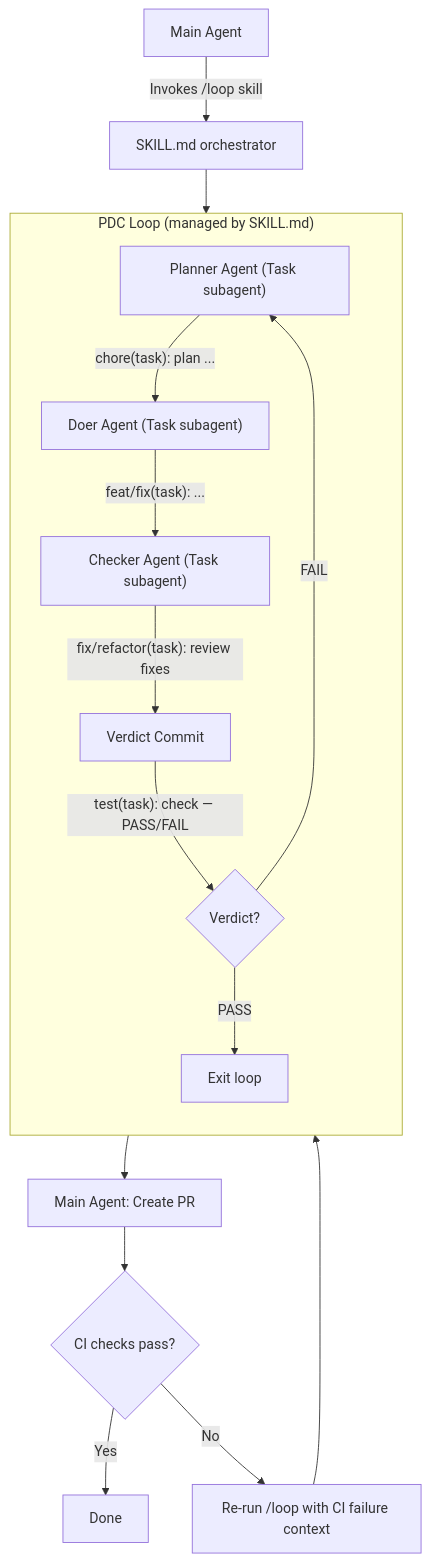
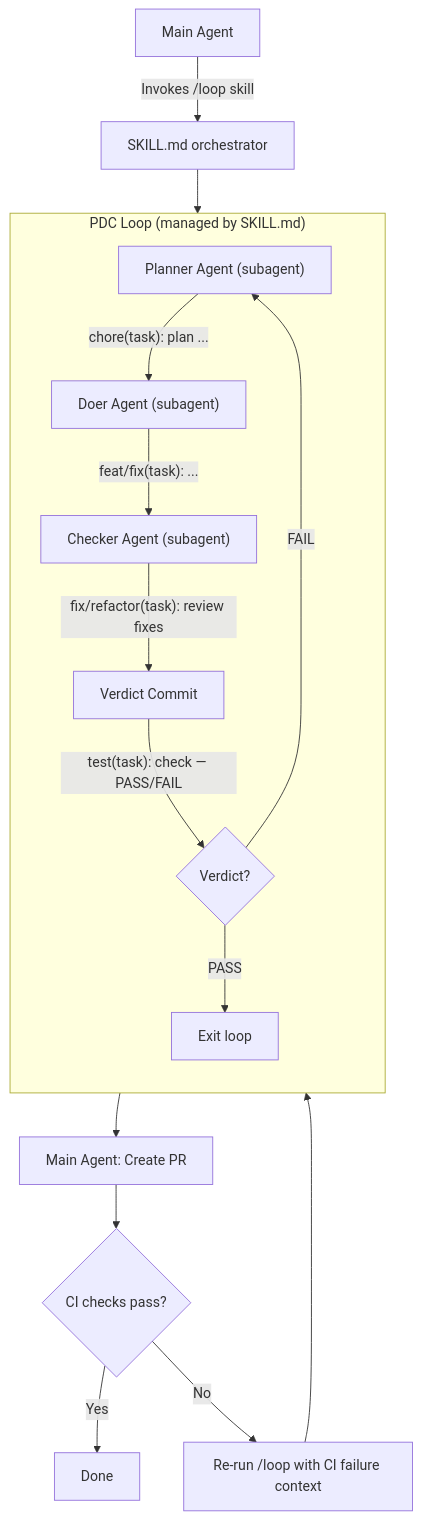
Before and after one commit to code-salad/looper: the diagram in docs/pdc-loop-flow.md, drawn with Mermaid. The commit also changed other lines of this file and 10 other files, not shown here.

First line of the commit message:
refactor(fallback-agent): rename MCP Task tool to AgentFallback

````diff
--- a/docs/pdc-loop-flow.md
+++ b/docs/pdc-loop-flow.md
@@ -32,22 +32,22 @@
 ```mermaid
 flowchart TD
     A["Main Agent"] -->|"Invokes /loop skill"| B["SKILL.md orchestrator"]
     B --> P
 
     subgraph LOOP ["PDC Loop (managed by SKILL.md)"]
         direction TB
-        P["Planner Agent (Task subagent)"]
-        P -->|"chore(task): plan ..."| D["Doer Agent (Task subagent)"]
-        D -->|"feat/fix(task): ..."| CH["Checker Agent (Task subagent)"]
+        P["Planner Agent (subagent)"]
+        P -->|"chore(task): plan ..."| D["Doer Agent (subagent)"]
+        D -->|"feat/fix(task): ..."| CH["Checker Agent (subagent)"]
         CH -->|"fix/refactor(task): review fixes"| V["Verdict Commit"]
         V -->|"test(task): check — PASS/FAIL"| DECIDE{Verdict?}
         DECIDE -->|"FAIL"| P
         DECIDE -->|"PASS"| EXIT["Exit loop"]
     end
 
     EXIT --> PR["Main Agent: Create PR"]
     PR --> CI{CI checks pass?}
     CI -->|"Yes"| DONE["Done"]
     CI -->|"No"| RESUME["Re-run /loop with CI failure context"]
     RESUME --> P
 ```
````
